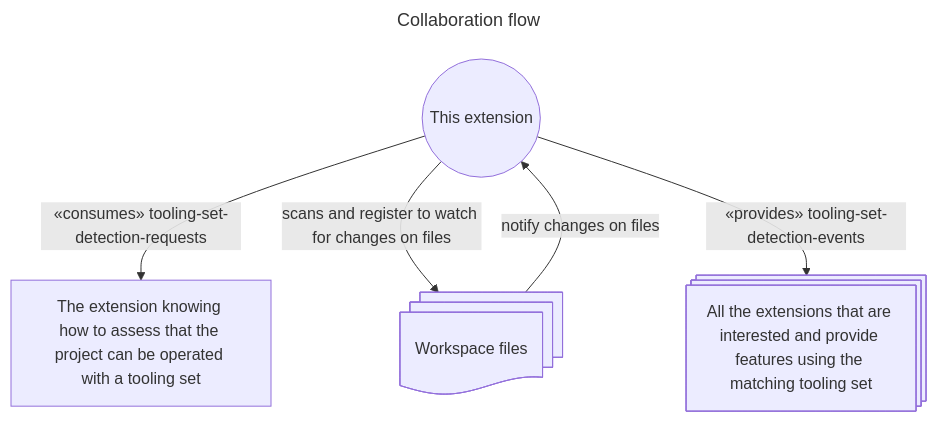
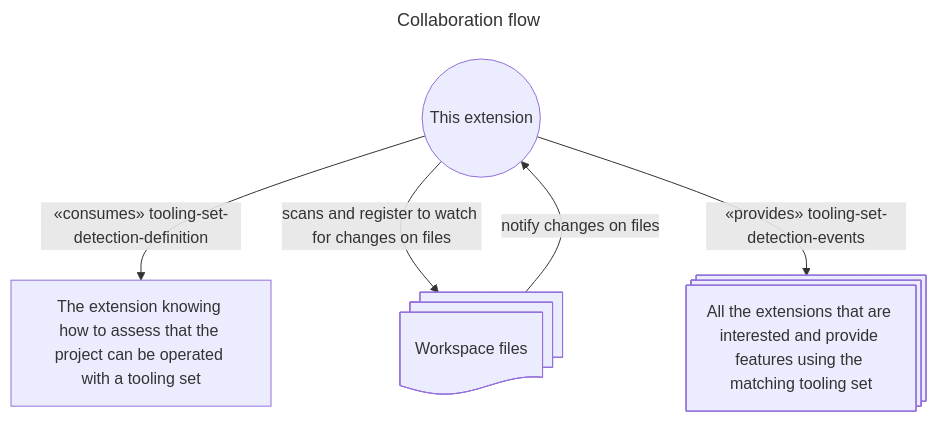
The diagram in README.md (sporniket/suitable-tooling-set-detection-service-for-pulsar), drawn with Mermaid before and after one commit. The commit also changed 5 other files, not shown here.

````diff
--- a/README.md
+++ b/README.md
@@ -26,27 +26,27 @@
 ```mermaid
 ---
 title: Collaboration flow
 ---
 flowchart
 
     suitable-tooling-set-detection-service-for-pulsar((
         This extension
     ))
-    --«consumes» tooling-set-detection-requests-->
+    --«consumes» tooling-set-detection-definition-->
     tooling-set-expert-extension[
         The extension knowing how to assess that the project can be operated with a tooling set
     ]
 
     suitable-tooling-set-detection-service-for-pulsar
     --scans and register to watch for changes on files-->
     workspace@{ shape: docs, label: "Workspace files" }
     --notify changes on files-->
     suitable-tooling-set-detection-service-for-pulsar
 
     suitable-tooling-set-detection-service-for-pulsar((
         This extension
     ))
     --«provides» tooling-set-detection-events-->
     tooling-set-integration-extensions@{shape : processes, label : "All the extensions that are interested and provide features using the matching tooling set"}
 
 ```
````
